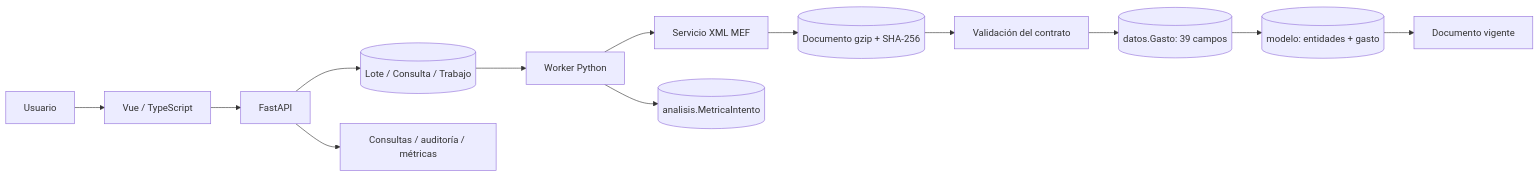
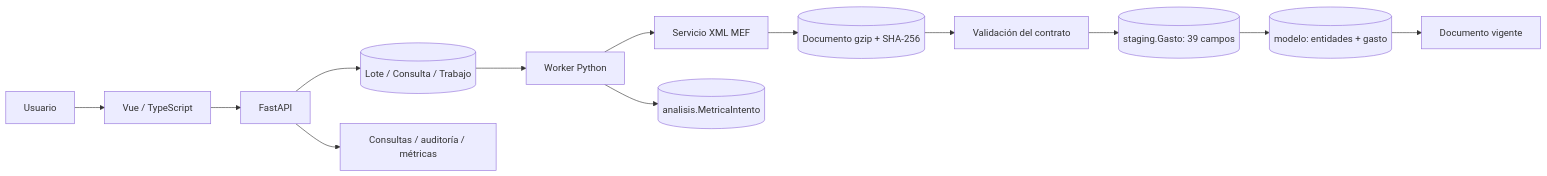
One commit to gsreyes17/ProInXML changed the diagram in docs/ARQUITECTURA.md. Above: the diagram before and after it, drawn with Mermaid. The commit also changed other lines of this file and 69 other files, not shown here.

````diff
--- a/docs/ARQUITECTURA.md
+++ b/docs/ARQUITECTURA.md
@@ -5,15 +33,15 @@
 ```mermaid
 flowchart LR
     Usuario --> Vue[Vue / TypeScript]
     Vue --> API[FastAPI]
     API --> Cola[(Lote / Consulta / Trabajo)]
     Cola --> Worker[Worker Python]
     Worker --> MEF[Servicio XML MEF]
     MEF --> Original[(Documento gzip + SHA-256)]
     Original --> Validacion[Validación del contrato]
-    Validacion --> Detalle[(datos.Gasto: 39 campos)]
+    Validacion --> Detalle[(staging.Gasto: 39 campos)]
     Detalle --> Modelo[(modelo: entidades + gasto)]
     Modelo --> Publicacion[Documento vigente]
     Worker --> Metricas[(analisis.MetricaIntento)]
     API --> Lecturas[Consultas / auditoría / métricas]
 ```
````
